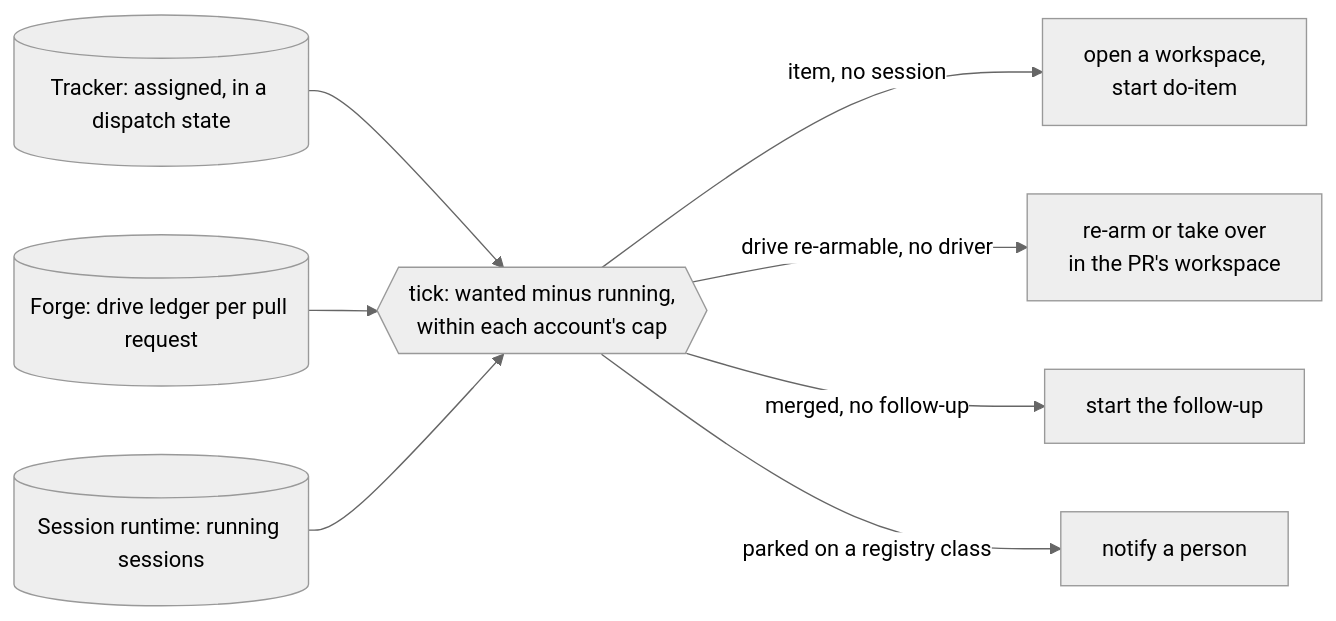
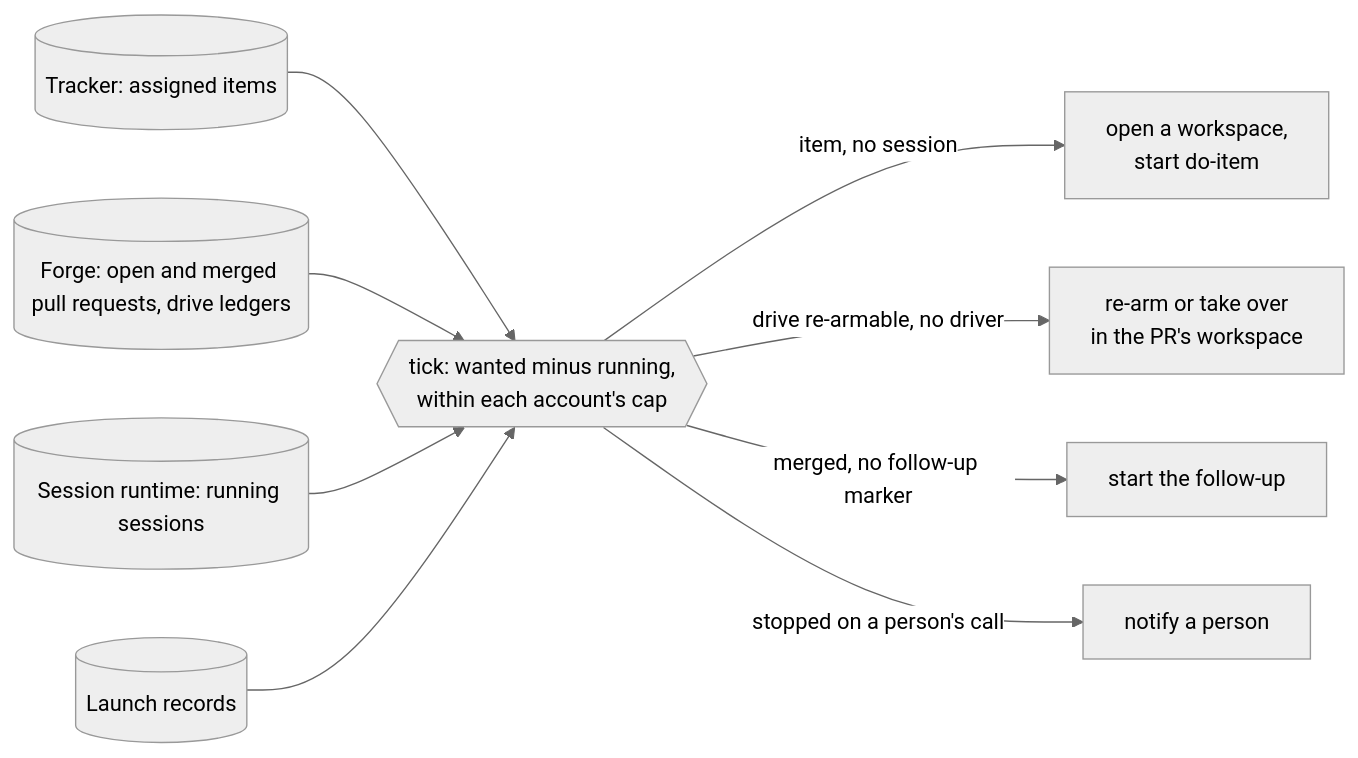
The diagram in design/dark-factory-dispatch.md (jig-harness/jig), drawn with Mermaid (neutral theme) before and after one commit. The commit also changed other lines of this file and 2 other files, not shown here.

````diff
--- a/design/dark-factory-dispatch.md
+++ b/design/dark-factory-dispatch.md
@@ -39,11 +42,12 @@
 ```mermaid
 flowchart LR
-  T[(Tracker: assigned, in a dispatch state)] --> D
-  F[(Forge: drive ledger per pull request)] --> D
+  T[(Tracker: assigned items)] --> D
+  F[(Forge: open and merged pull requests, drive ledgers)] --> D
   O[(Session runtime: running sessions)] --> D
+  L[(Launch records)] --> D
   D{{tick: wanted minus running,<br/>within each account's cap}}
   D -->|item, no session| P[open a workspace,<br/>start do-item]
   D -->|drive re-armable, no driver| R[re-arm or take over<br/>in the PR's workspace]
-  D -->|merged, no follow-up| U[start the follow-up]
-  D -->|parked on a registry class| N[notify a person]
+  D -->|merged, no follow-up marker| U[start the follow-up]
+  D -->|stopped on a person's call| N[notify a person]
 ```
````
